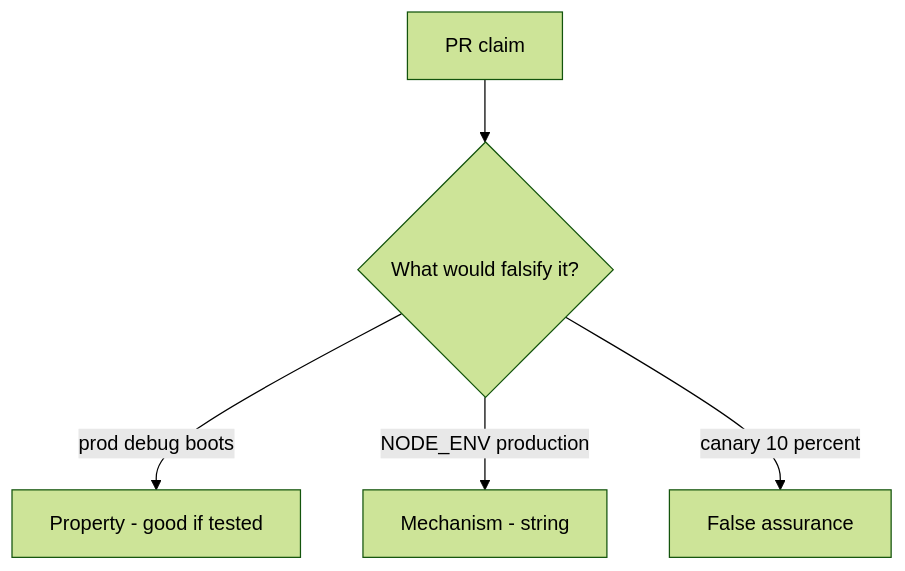
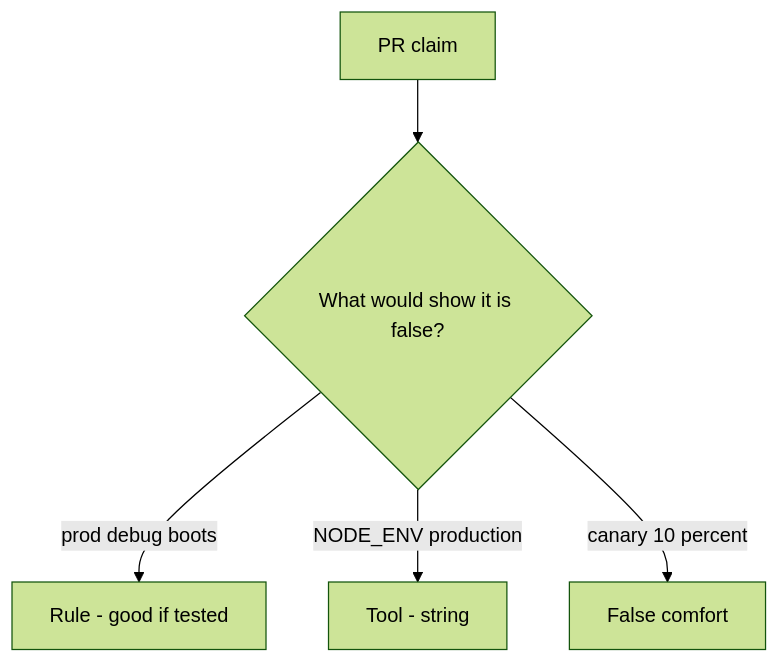
The diagram in content/modules/10/10.4/lessons/08-review.md (ishitvagoel/LearnSecurity), drawn with Mermaid (forest theme) before and after one commit. The commit also changed other lines of this file and 39 other files, not shown here.

````diff
--- a/content/modules/10/10.4/lessons/08-review.md
+++ b/content/modules/10/10.4/lessons/08-review.md
@@ -17,7 +18,7 @@
 ```mermaid
 flowchart TD
-  Claim[PR claim] --> Q{"What would falsify it?"}
-  Q -->|prod debug boots| Property["Property - good if tested"]
-  Q -->|NODE_ENV production| Mechanism[Mechanism - string]
-  Q -->|canary 10 percent| False[False assurance]
+  Claim[PR claim] --> Q{"What would show it is false?"}
+  Q -->|prod debug boots| Property["Rule - good if tested"]
+  Q -->|NODE_ENV production| Mechanism[Tool - string]
+  Q -->|canary 10 percent| False[False comfort]
 ```
````
